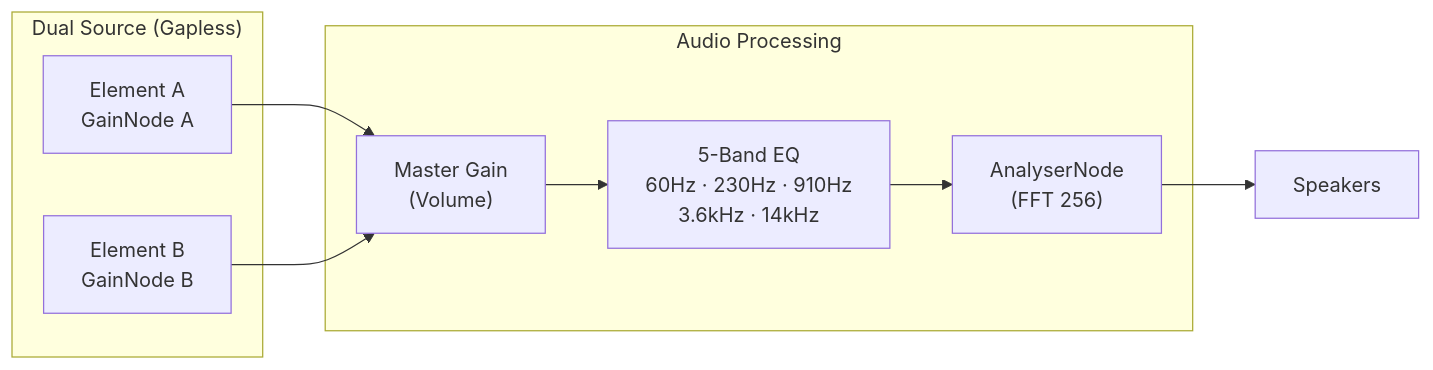
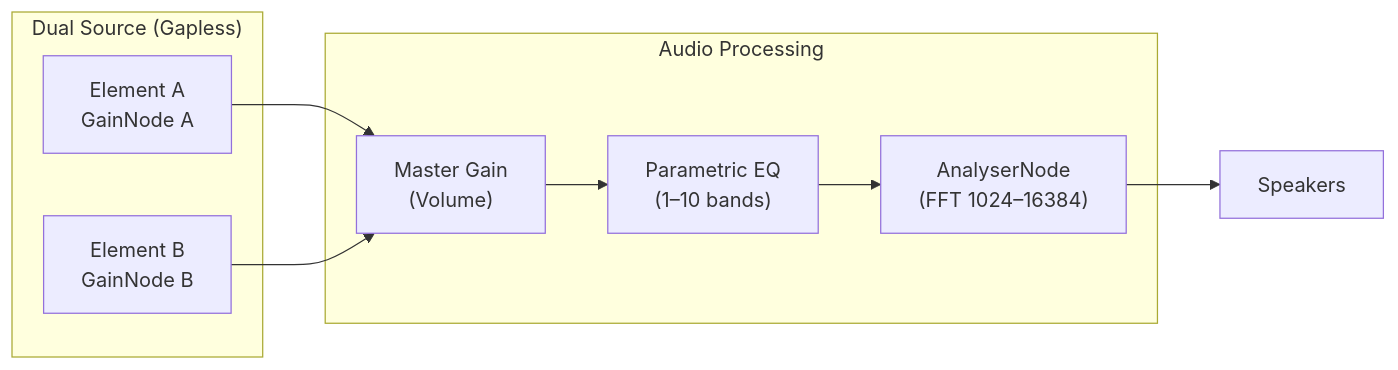
Before and after one commit to Cortadai/musicode: the second of 6 diagrams in README.md, drawn with Mermaid. The commit also changed other lines of this file and 1 other file, not shown here.

````diff
--- a/README.md
+++ b/README.md
@@ -159,19 +167,19 @@
 ```mermaid
 graph LR
     subgraph Sources ["Dual Source (Gapless)"]
         A["Element A<br/>GainNode A"]
         B["Element B<br/>GainNode B"]
     end
 
     subgraph Processing ["Audio Processing"]
         Master["Master Gain<br/>(Volume)"]
-        EQ["5-Band EQ<br/>60Hz · 230Hz · 910Hz<br/>3.6kHz · 14kHz"]
-        Analyser["AnalyserNode<br/>(FFT 256)"]
+        EQ["Parametric EQ<br/>(1–10 bands)"]
+        Analyser["AnalyserNode<br/>(FFT 1024–16384)"]
     end
 
     Dest["Speakers"]
 
     A --> Master
     B --> Master
     Master --> EQ --> Analyser --> Dest
 ```
````
